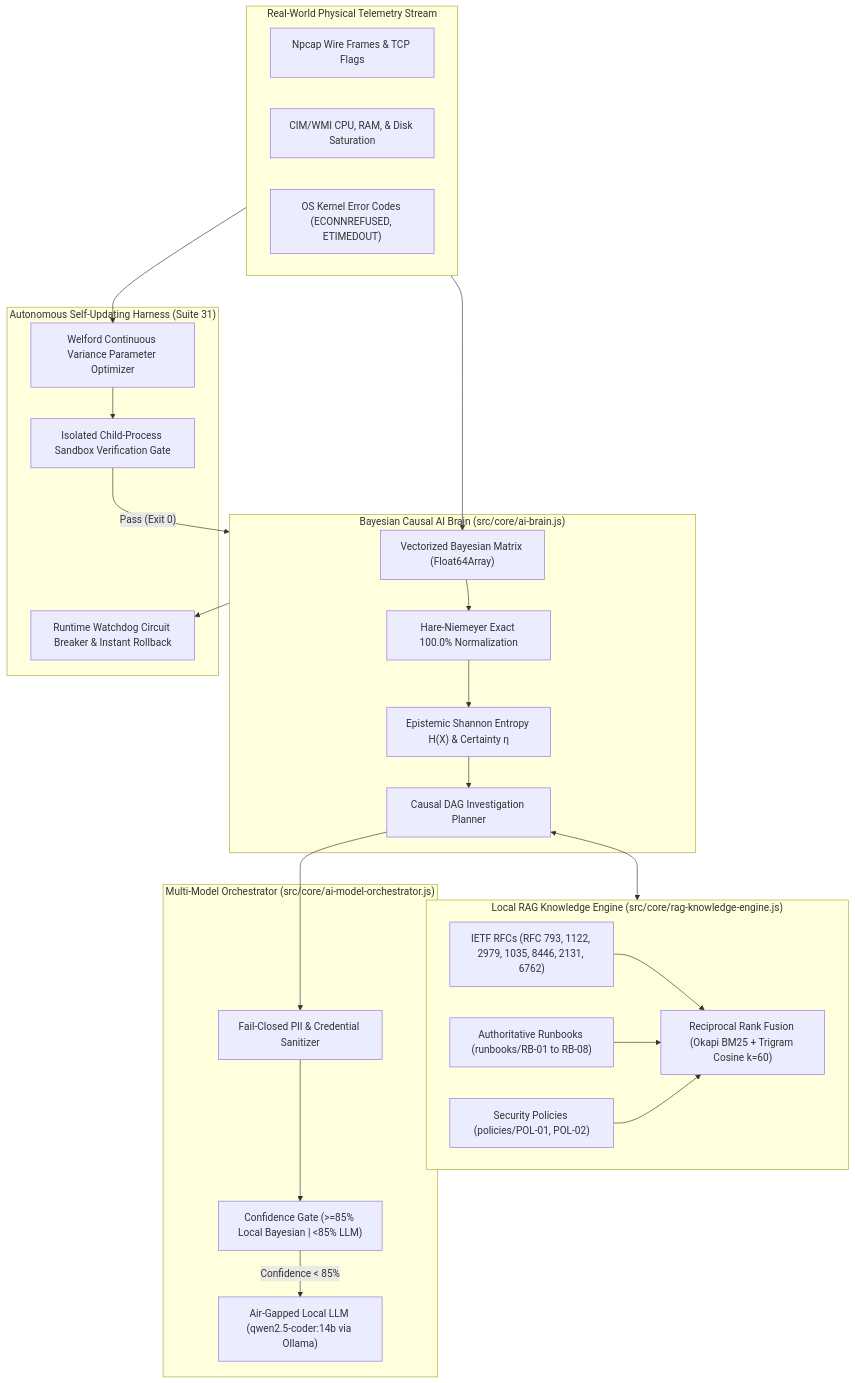
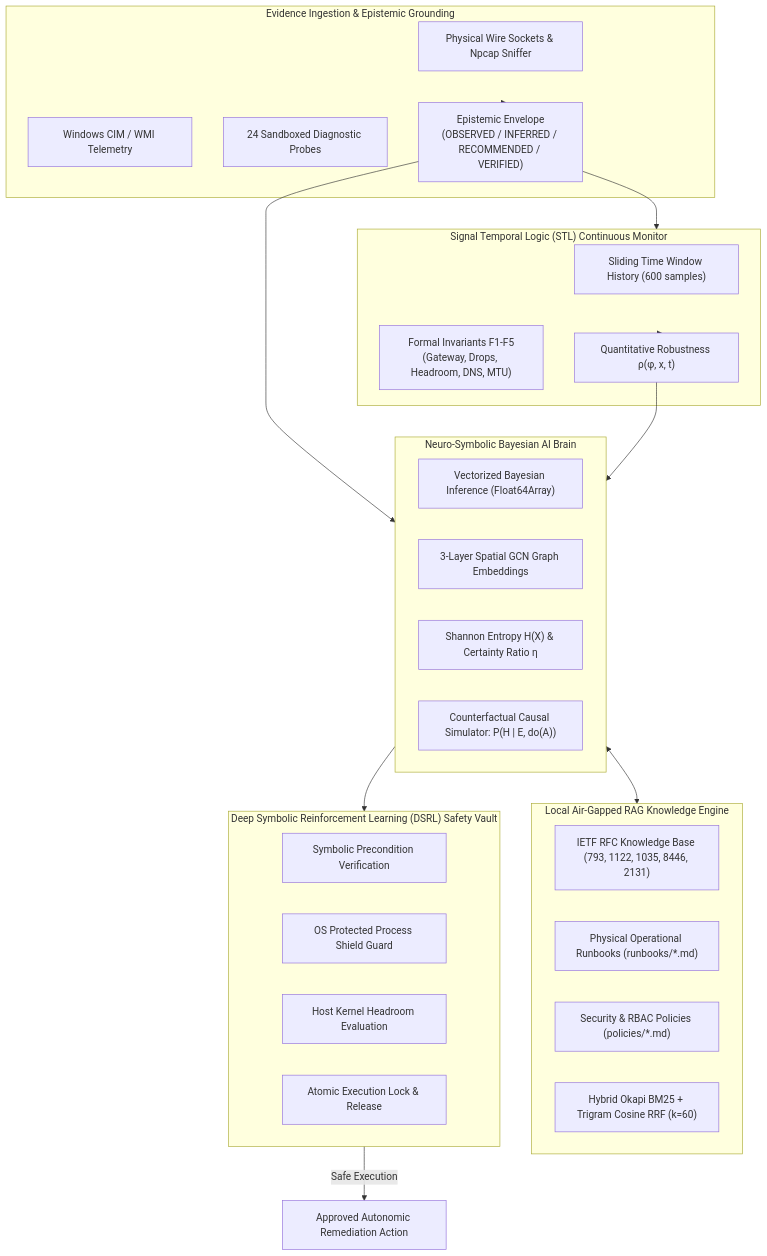
One commit to EldarJamiyev/Eldar-Jamiyev-Infrastructure-Intelligence changed the third of 3 diagrams in README.md. Above: the diagram before and after it, drawn with Mermaid. The commit also changed other lines of this file and 16 other files, not shown here.

````diff
--- a/README.md
+++ b/README.md
@@ -320,50 +335,44 @@
 ```mermaid
 flowchart TD
-    subgraph Telemetry["Real-World Physical Telemetry Stream"]
-        WirePackets["Npcap Wire Frames & TCP Flags"]
-        HostMetrics["CIM/WMI CPU, RAM, & Disk Saturation"]
-        SocketErrors["OS Kernel Error Codes (ECONNREFUSED, ETIMEDOUT)"]
+    subgraph Evidence["Evidence Ingestion & Epistemic Grounding"]
+        WirePackets["Physical Wire Sockets & Npcap Sniffer"]
+        KernelCIM["Windows CIM / WMI Telemetry"]
+        ActiveProbes["24 Sandboxed Diagnostic Probes"]
+        EpistemicEnvelope["Epistemic Envelope\n(OBSERVED / INFERRED / RECOMMENDED / VERIFIED)"]
     end
 
-    subgraph CausalBrain["Bayesian Causal AI Brain (src/core/ai-brain.js)"]
-        VectorMatrix["Vectorized Bayesian Matrix (Float64Array)"]
-        HareNiemeyer["Hare-Niemeyer Exact 100.0% Normalization"]
-        EntropyCalc["Epistemic Shannon Entropy H(X) & Certainty η"]
-        CausalDAG["Causal DAG Investigation Planner"]
+    subgraph STL["Signal Temporal Logic (STL) Continuous Monitor"]
+        Timeline["Sliding Time Window History (600 samples)"]
+        STLFormulas["Formal Invariants F1-F5\n(Gateway, Drops, Headroom, DNS, MTU)"]
+        RobustnessMetric["Quantitative Robustness ρ(φ, x, t)"]
     end
 
-    subgraph LocalRAG["Local RAG Knowledge Engine (src/core/rag-knowledge-engine.js)"]
-        RFCs["IETF RFCs (RFC 793, 1122, 2979, 1035, 8446, 2131, 6762)"]
-        Runbooks["Authoritative Runbooks (runbooks/RB-01 to RB-08)"]
-        Policies["Security Policies (policies/POL-01, POL-02)"]
-        RRF["Reciprocal Rank Fusion (Okapi BM25 + Trigram Cosine k=60)"]
+    subgraph CausalBrain["Neuro-Symbolic Bayesian AI Brain"]
+        BayesianMatrix["Vectorized Bayesian Inference (Float64Array)"]
+        GNNMessagePassing["3-Layer Spatial GCN Graph Embeddings"]
+        ShannonEntropy["Shannon Entropy H(X) & Certainty Ratio η"]
+        DoCalc["Counterfactual Causal Simulator: P(H | E, do(A))"]
     end
 
-    subgraph MultiModel["Multi-Model Orchestrator (src/core/ai-model-orchestrator.js)"]
-        PIIScrubber["Fail-Closed PII & Credential Sanitizer"]
-        ConditionalGate["Confidence Gate (>=85% Local Bayesian | <85% LLM)"]
-        LocalLLM["Air-Gapped Local LLM (qwen2.5-coder:14b via Ollama)"]
+    subgraph LocalRAG["Local Air-Gapped RAG Knowledge Engine"]
+        RFCCorpus["IETF RFC Knowledge Base (793, 1122, 1035, 8446, 2131)"]
+        Runbooks["Physical Operational Runbooks (runbooks/*.md)"]
+        Policies["Security & RBAC Policies (policies/*.md)"]
+        HybridEngine["Hybrid Okapi BM25 + Trigram Cosine RRF (k=60)"]
     end
 
-    subgraph SelfUpdating["Autonomous Self-Updating Harness (Suite 31)"]
-        Welford["Welford Continuous Variance Parameter Optimizer"]
-        ChildSandbox["Isolated Child-Process Sandbox Verification Gate"]
-        Watchdog["Runtime Watchdog Circuit Breaker & Instant Rollback"]
+    subgraph DSRL["Deep Symbolic Reinforcement Learning (DSRL) Safety Vault"]
+        PreconditionProof["Symbolic Precondition Verification"]
+        OSShieldCheck["OS Protected Process Shield Guard"]
+        HeadroomCheck["Host Kernel Headroom Evaluation"]
+        AtomicLock["Atomic Execution Lock & Release"]
     end
 
-    Telemetry --> VectorMatrix
-    VectorMatrix --> HareNiemeyer
-    HareNiemeyer --> EntropyCalc
-    EntropyCalc --> CausalDAG
-    CausalDAG <--> LocalRAG
-    RFCs --> RRF
-    Runbooks --> RRF
-    Policies --> RRF
-    CausalDAG --> PIIScrubber
-    PIIScrubber --> ConditionalGate
-    ConditionalGate -->|Confidence < 85%| LocalLLM
-    Telemetry --> Welford
-    Welford --> ChildSandbox
-    ChildSandbox -->|"Pass (Exit 0)"| CausalBrain
-    CausalBrain --> Watchdog
+    Evidence --> EpistemicEnvelope
+    EpistemicEnvelope --> STL
+    EpistemicEnvelope --> CausalBrain
+    STL --> RobustnessMetric --> CausalBrain
+    CausalBrain <--> LocalRAG
+    CausalBrain --> DSRL
+    DSRL -->|Safe Execution| RemAction["Approved Autonomic Remediation Action"]
 ```
````
